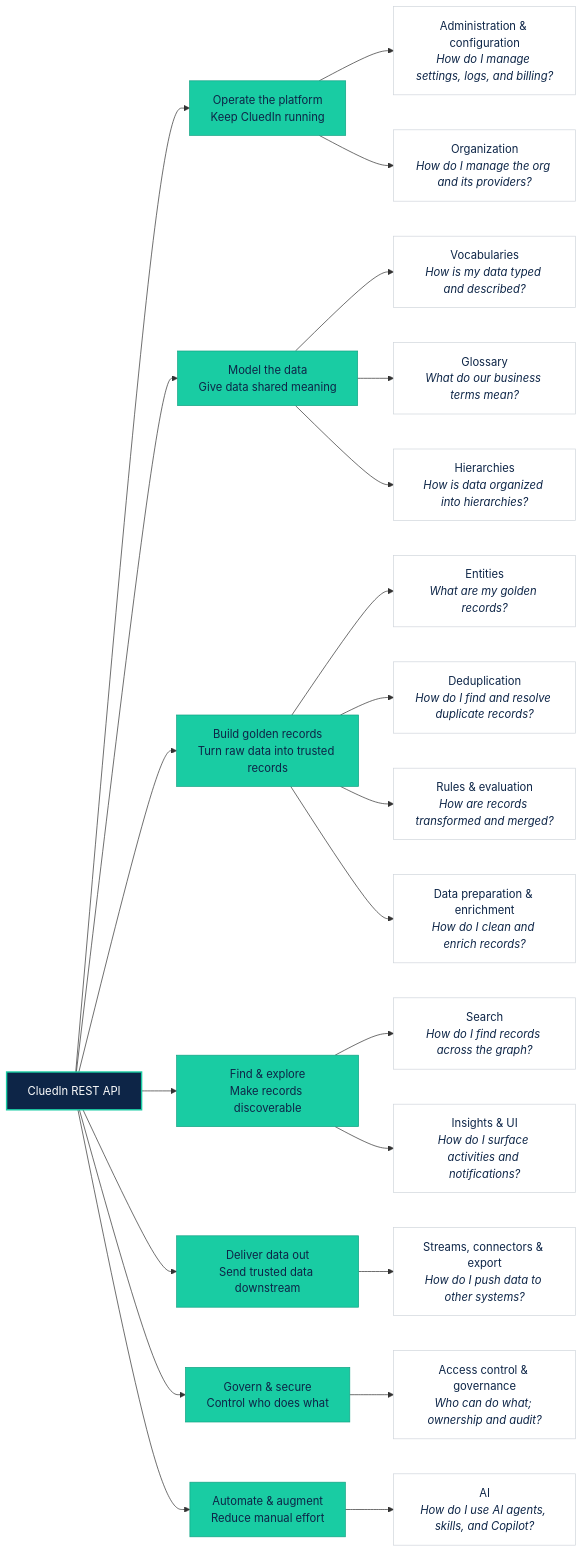
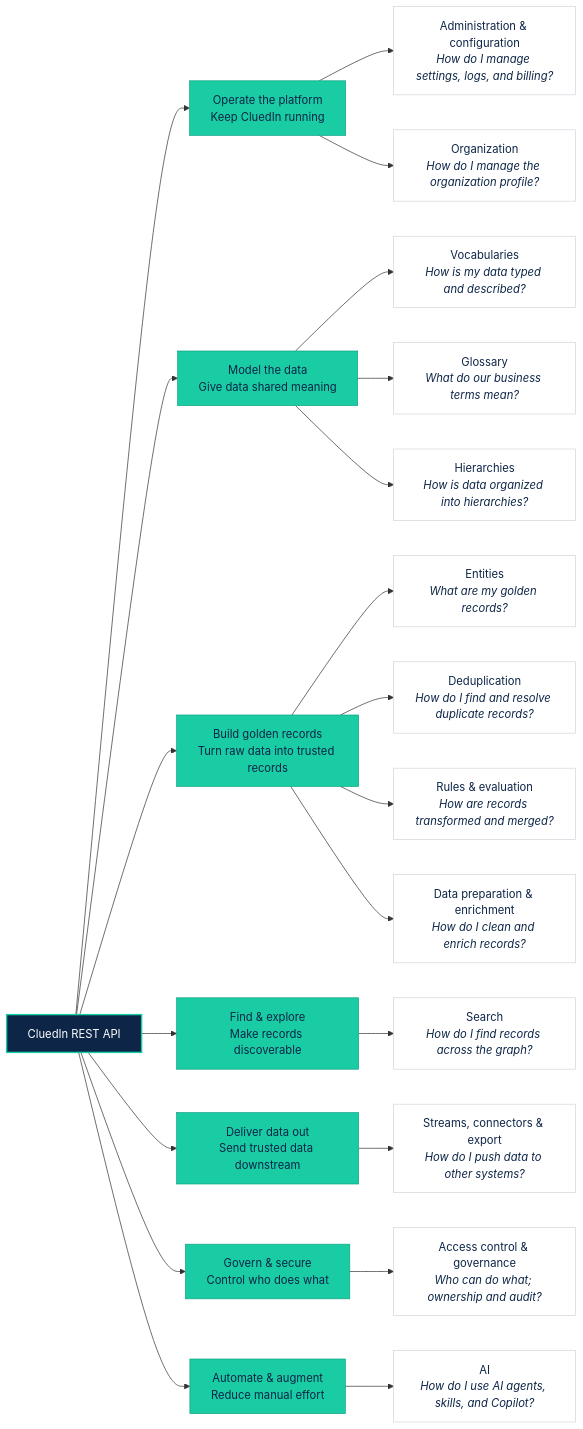
One commit to CluedIn-io/CluedIn.Documentation changed the diagram in docs/250-rest-api/010-get-started.md. Above: the diagram before and after it, drawn with Mermaid. The commit also changed other lines of this file and 13 other files, not shown here.

Commit message:
cleaning up the rest api

````diff
--- a/docs/250-rest-api/010-get-started.md
+++ b/docs/250-rest-api/010-get-started.md
@@ -23,59 +23,57 @@
 ```mermaid
 graph LR
   API["CluedIn REST API"]
 
   API --> OP["Operate the platform<br/>Keep CluedIn running"]
   API --> MODEL["Model the data<br/>Give data shared meaning"]
   API --> MASTER["Build golden records<br/>Turn raw data into trusted records"]
   API --> FIND["Find & explore<br/>Make records discoverable"]
   API --> OUT["Deliver data out<br/>Send trusted data downstream"]
   API --> GOV["Govern & secure<br/>Control who does what"]
   API --> AUTO["Automate & augment<br/>Reduce manual effort"]
 
   OP --> admin["Administration & configuration<br/><i>How do I manage settings, logs, and billing?</i>"]
-  OP --> org["Organization<br/><i>How do I manage the org and its providers?</i>"]
+  OP --> org["Organization<br/><i>How do I manage the organization profile?</i>"]
 
   MODEL --> vocab["Vocabularies<br/><i>How is my data typed and described?</i>"]
   MODEL --> gloss["Glossary<br/><i>What do our business terms mean?</i>"]
   MODEL --> hier["Hierarchies<br/><i>How is data organized into hierarchies?</i>"]
 
   MASTER --> ent["Entities<br/><i>What are my golden records?</i>"]
   MASTER --> dedup["Deduplication<br/><i>How do I find and resolve duplicate records?</i>"]
   MASTER --> rules["Rules & evaluation<br/><i>How are records transformed and merged?</i>"]
   MASTER --> prep["Data preparation & enrichment<br/><i>How do I clean and enrich records?</i>"]
 
   FIND --> search["Search<br/><i>How do I find records across the graph?</i>"]
-  FIND --> ui["Insights & UI<br/><i>How do I surface activities and notifications?</i>"]
 
   OUT --> streams["Streams, connectors & export<br/><i>How do I push data to other systems?</i>"]
 
   GOV --> acl["Access control & governance<br/><i>Who can do what; ownership and audit?</i>"]
 
   AUTO --> ai["AI<br/><i>How do I use AI agents, skills, and Copilot?</i>"]
 
   %% CluedIn brand styling: navy root, teal phases, white category cards
   classDef root fill:#0d2547,stroke:#19cca3,stroke-width:2px,color:#ffffff;
   classDef phase fill:#19cca3,stroke:#13a384,stroke-width:1px,color:#0d2547;
   classDef cat fill:#ffffff,stroke:#d1d6dc,stroke-width:1px,color:#0d2547;
 
   class API root;
   class OP,MODEL,MASTER,FIND,OUT,GOV,AUTO phase;
-  class admin,org,vocab,gloss,hier,ent,dedup,rules,prep,search,ui,streams,acl,ai cat;
+  class admin,org,vocab,gloss,hier,ent,dedup,rules,prep,search,streams,acl,ai cat;
 
   %% Links to each category's API reference page
   click API href "/rest-api/api-reference" "All API reference categories" _self
   click admin href "/rest-api/api-reference/administration-and-configuration" "Administration & configuration reference" _self
   click org href "/rest-api/api-reference/organization" "Organization reference" _self
   click vocab href "/rest-api/api-reference/vocabularies" "Vocabularies reference" _self
   click gloss href "/rest-api/api-reference/glossary" "Glossary reference" _self
   click hier href "/rest-api/api-reference/hierarchies" "Hierarchies reference" _self
   click ent href "/rest-api/api-reference/entities" "Entities reference" _self
   click dedup href "/rest-api/api-reference/deduplication" "Deduplication reference" _self
   click rules href "/rest-api/api-reference/rules-and-evaluation" "Rules & evaluation reference" _self
   click prep href "/rest-api/api-reference/data-preparation-and-enrichment" "Data preparation & enrichment reference" _self
   click search href "/rest-api/api-reference/search" "Search reference" _self
-  click ui href "/rest-api/api-reference/insights-and-ui" "Insights & UI reference" _self
   click streams href "/rest-api/api-reference/streams-and-export" "Streams, connectors & export reference" _self
   click acl href "/rest-api/api-reference/access-control-and-governance" "Access control & governance reference" _self
   click ai href "/rest-api/api-reference/ai" "AI reference" _self
 ```
````
